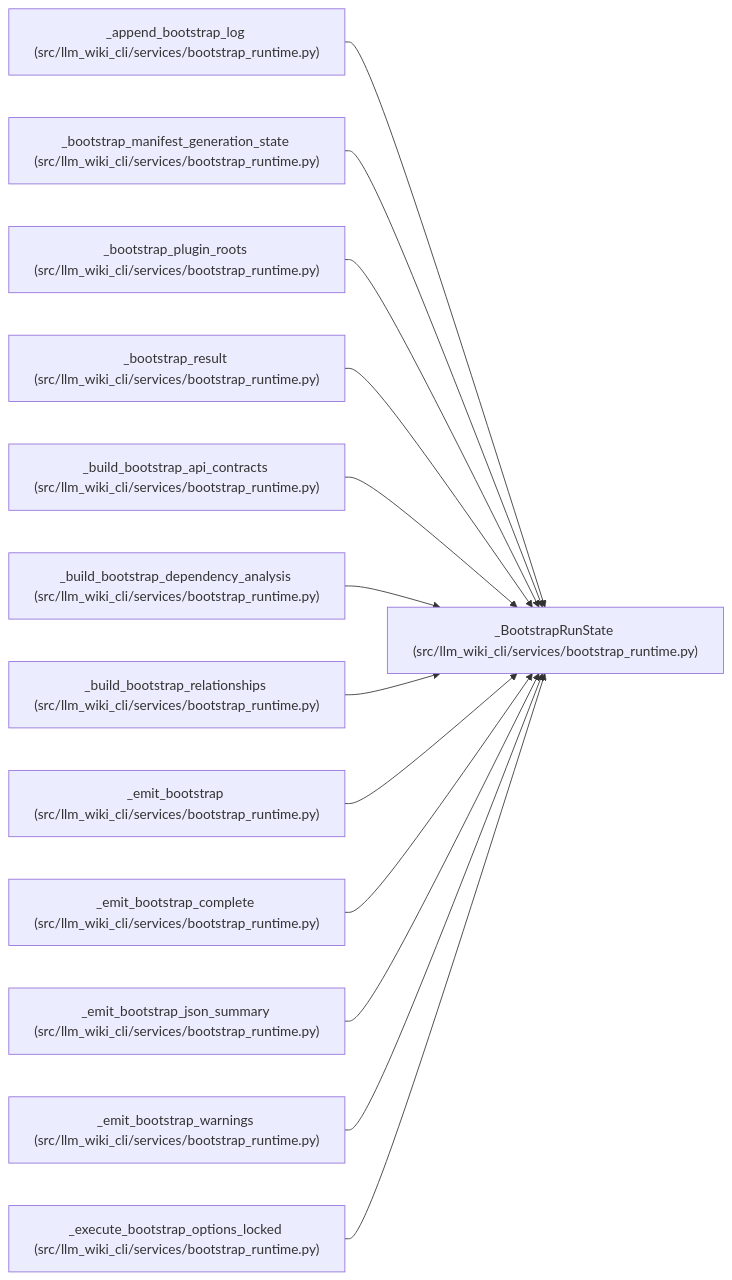
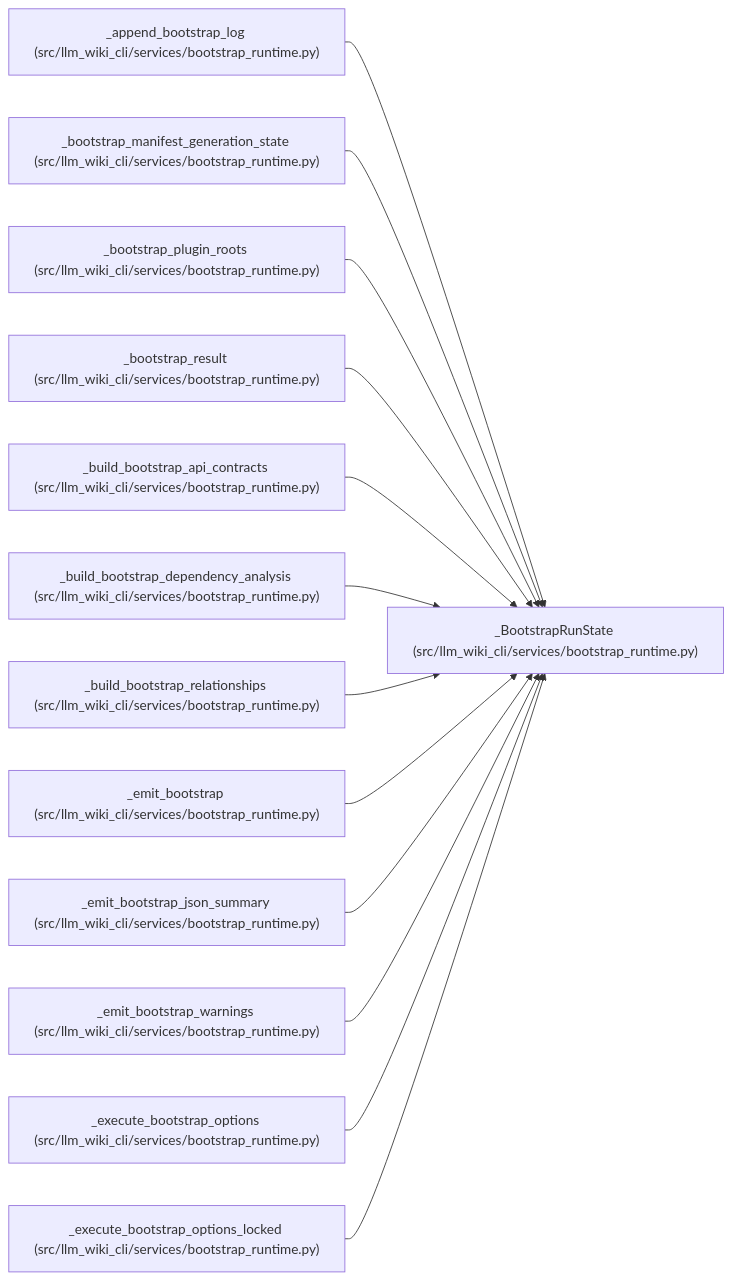
One commit to Denissvgn/python-wiki-llm changed the diagram in docs/llm_wiki/entities/BootstrapRunState.md. Above: the diagram before and after it, drawn with Mermaid. The commit also changed other lines of this file and 303 other files, not shown here.

Commit message:
docs: refresh wiki for bootstrap recovery and helper validation

````diff
--- a/docs/llm_wiki/entities/BootstrapRunState.md
+++ b/docs/llm_wiki/entities/BootstrapRunState.md
@@ -35,41 +36,41 @@
 ```mermaid
 flowchart LR
     n0["_BootstrapRunState (src/llm_wiki_cli/services/bootstrap_runtime.py)"]
     n1["_append_bootstrap_log (src/llm_wiki_cli/services/bootstrap_runtime.py)"]
     n2["_bootstrap_manifest_generation_state (src/llm_wiki_cli/services/bootstrap_runtime.py)"]
     n3["_bootstrap_plugin_roots (src/llm_wiki_cli/services/bootstrap_runtime.py)"]
     n4["_bootstrap_result (src/llm_wiki_cli/services/bootstrap_runtime.py)"]
     n5["_build_bootstrap_api_contracts (src/llm_wiki_cli/services/bootstrap_runtime.py)"]
     n6["_build_bootstrap_dependency_analysis (src/llm_wiki_cli/services/bootstrap_runtime.py)"]
     n7["_build_bootstrap_relationships (src/llm_wiki_cli/services/bootstrap_runtime.py)"]
     n8["_emit_bootstrap (src/llm_wiki_cli/services/bootstrap_runtime.py)"]
-    n9["_emit_bootstrap_complete (src/llm_wiki_cli/services/bootstrap_runtime.py)"]
-    n10["_emit_bootstrap_json_summary (src/llm_wiki_cli/services/bootstrap_runtime.py)"]
-    n11["_emit_bootstrap_warnings (src/llm_wiki_cli/services/bootstrap_runtime.py)"]
+    n9["_emit_bootstrap_json_summary (src/llm_wiki_cli/services/bootstrap_runtime.py)"]
+    n10["_emit_bootstrap_warnings (src/llm_wiki_cli/services/bootstrap_runtime.py)"]
+    n11["_execute_bootstrap_options (src/llm_wiki_cli/services/bootstrap_runtime.py)"]
     n12["_execute_bootstrap_options_locked (src/llm_wiki_cli/services/bootstrap_runtime.py)"]
     n1 --> n0
     n2 --> n0
     n3 --> n0
     n4 --> n0
     n5 --> n0
     n6 --> n0
     n7 --> n0
     n8 --> n0
     n9 --> n0
     n10 --> n0
     n11 --> n0
     n12 --> n0
     click n0 "../modules/bootstrap_runtime.md"
     click n1 "../modules/bootstrap_runtime.md"
     click n2 "../modules/bootstrap_runtime.md"
     click n3 "../modules/bootstrap_runtime.md"
     click n4 "../modules/bootstrap_runtime.md"
     click n5 "../modules/bootstrap_runtime.md"
     click n6 "../modules/bootstrap_runtime.md"
     click n7 "../modules/bootstrap_runtime.md"
     click n8 "../modules/bootstrap_runtime.md"
     click n9 "../modules/bootstrap_runtime.md"
     click n10 "../modules/bootstrap_runtime.md"
     click n11 "../modules/bootstrap_runtime.md"
     click n12 "../modules/bootstrap_runtime.md"
 ```
````
